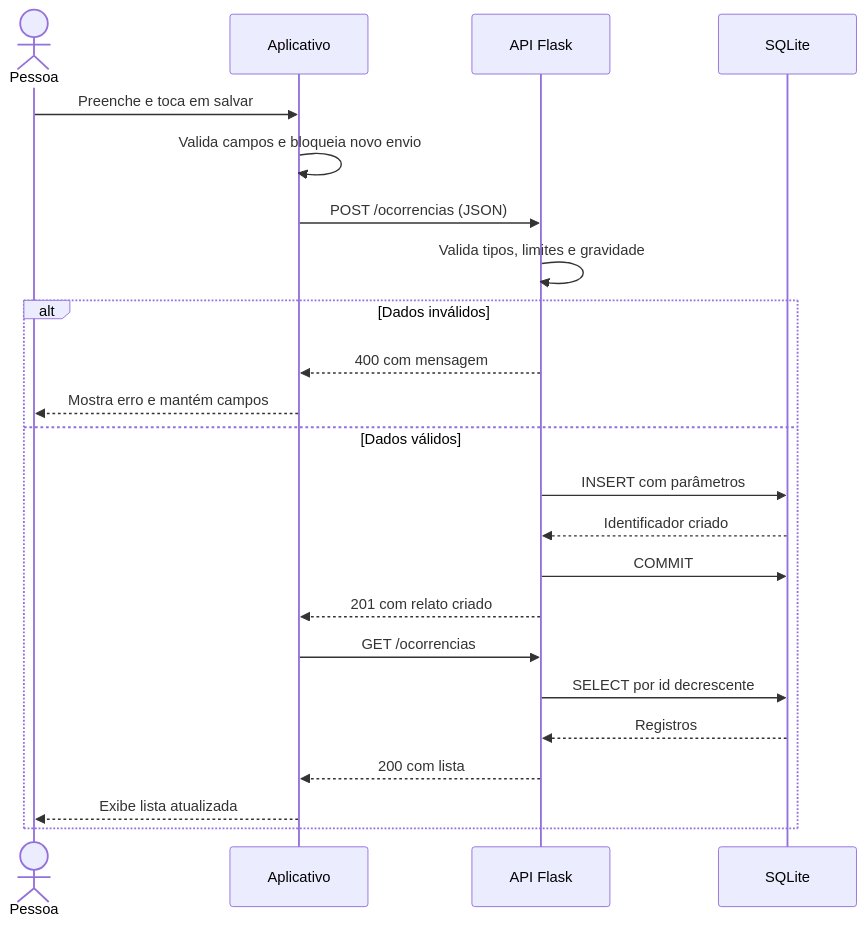
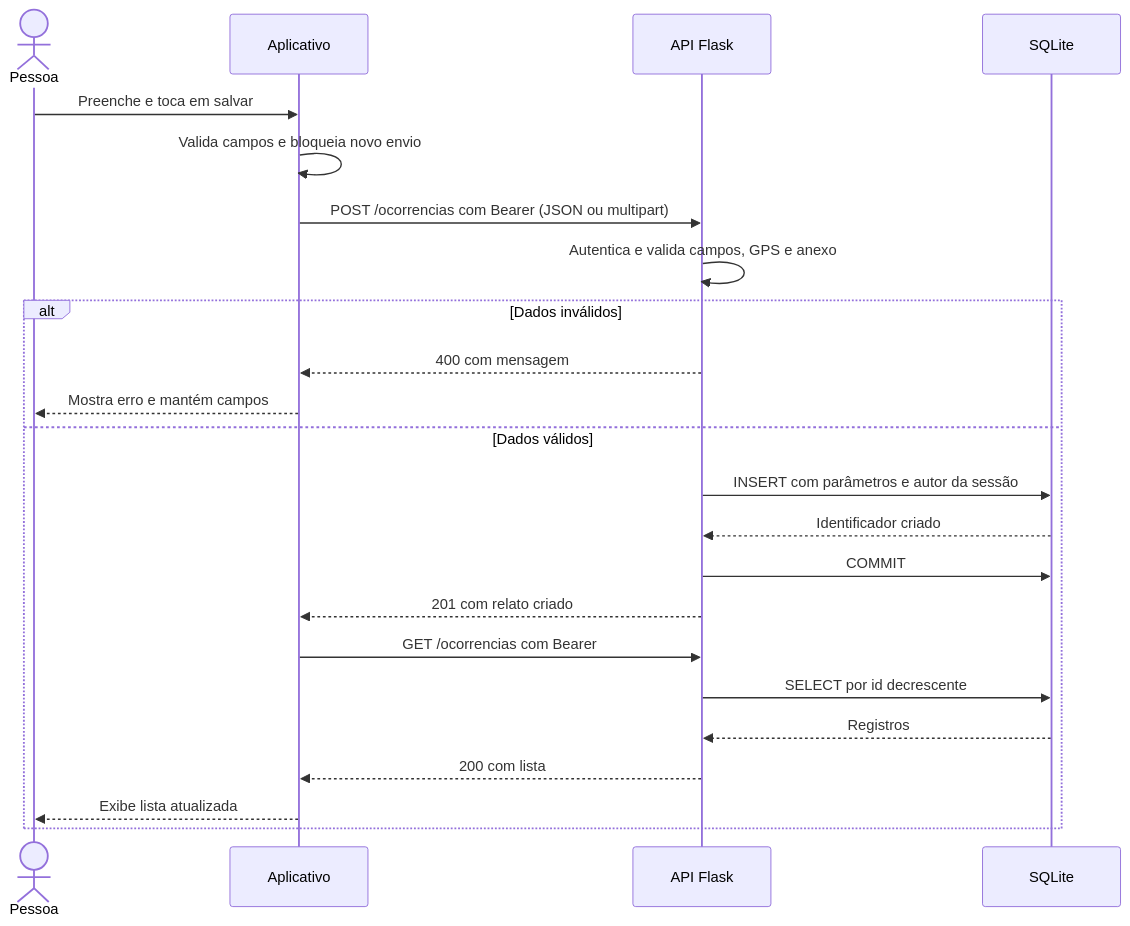
One commit to matheuslagares/APS_8 changed the third of 5 diagrams in documentacao/ARQUITETURA.md. Above: the diagram before and after it, drawn with Mermaid. The commit also changed other lines of this file and 59 other files, not shown here.

````diff
--- a/documentacao/ARQUITETURA.md
+++ b/documentacao/ARQUITETURA.md
@@ -59,25 +87,25 @@
 ```mermaid
 sequenceDiagram
     actor Pessoa
     participant App as Aplicativo
     participant API as API Flask
     participant DB as SQLite
     Pessoa->>App: Preenche e toca em salvar
     App->>App: Valida campos e bloqueia novo envio
-    App->>API: POST /ocorrencias (JSON)
-    API->>API: Valida tipos, limites e gravidade
+    App->>API: POST /ocorrencias com Bearer (JSON ou multipart)
+    API->>API: Autentica e valida campos, GPS e anexo
     alt Dados inválidos
         API-->>App: 400 com mensagem
         App-->>Pessoa: Mostra erro e mantém campos
     else Dados válidos
-        API->>DB: INSERT com parâmetros
+        API->>DB: INSERT com parâmetros e autor da sessão
         DB-->>API: Identificador criado
         API->>DB: COMMIT
         API-->>App: 201 com relato criado
-        App->>API: GET /ocorrencias
+        App->>API: GET /ocorrencias com Bearer
         API->>DB: SELECT por id decrescente
         DB-->>API: Registros
         API-->>App: 200 com lista
         App-->>Pessoa: Exibe lista atualizada
     end
 ```
````
